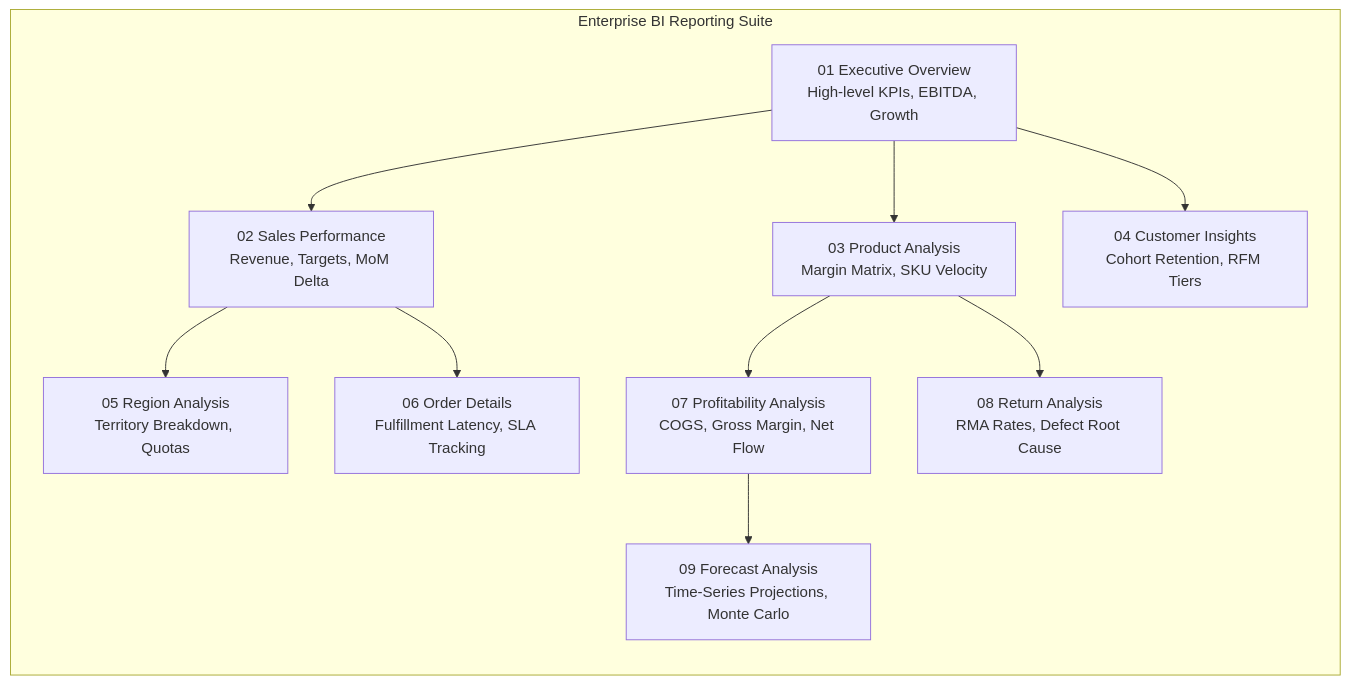
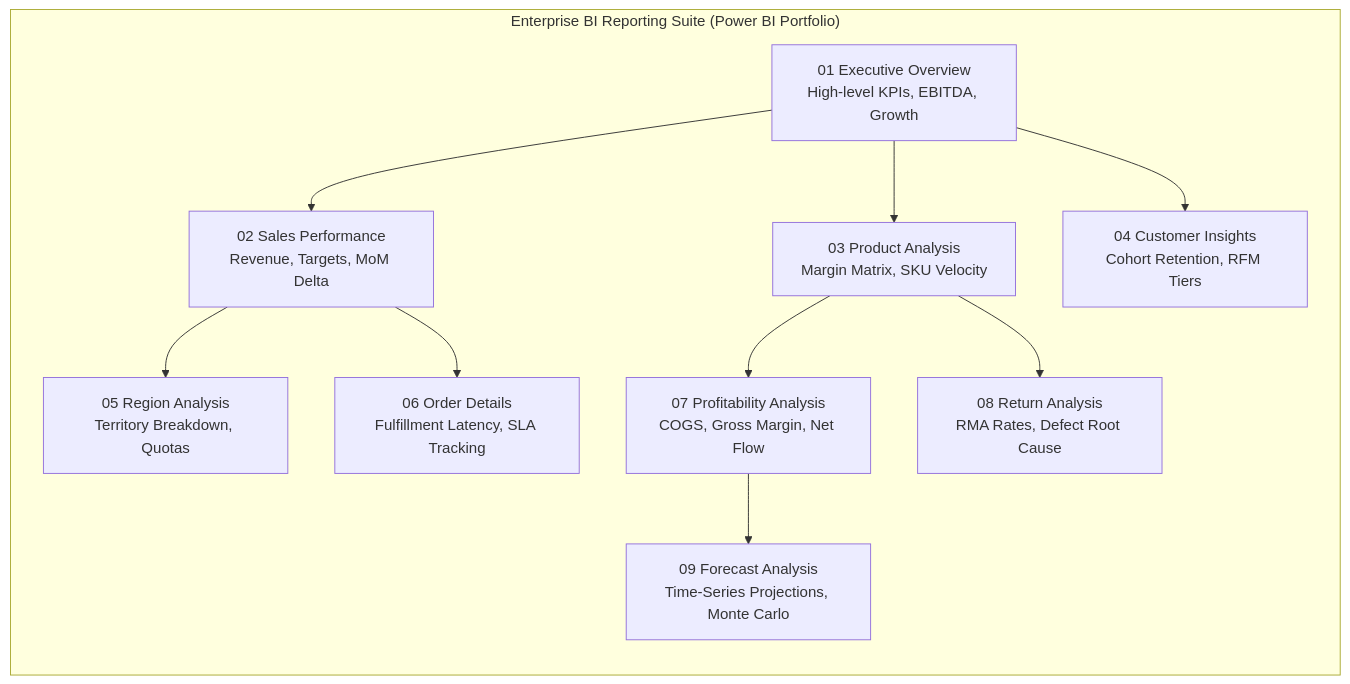
Before and after one commit to sabledattatray/Datta-Sable: the first of 2 diagrams in README.md, drawn with Mermaid. The commit also changed other lines of this file and 1 other file, not shown here.

Commit message:
docs: refine README to v3.1 with provider-neutral architecture, separated data stack, and verification report

````diff
--- a/README.md
+++ b/README.md
@@ -153,18 +145,18 @@
 ```mermaid
 graph LR
-    subgraph Enterprise["Enterprise BI Reporting Suite"]
+    subgraph Enterprise["Enterprise BI Reporting Suite (Power BI Portfolio)"]
         P1["01 Executive Overview<br>High-level KPIs, EBITDA, Growth"]
         P2["02 Sales Performance<br>Revenue, Targets, MoM Delta"]
         P3["03 Product Analysis<br>Margin Matrix, SKU Velocity"]
         P4["04 Customer Insights<br>Cohort Retention, RFM Tiers"]
         P5["05 Region Analysis<br>Territory Breakdown, Quotas"]
         P6["06 Order Details<br>Fulfillment Latency, SLA Tracking"]
         P7["07 Profitability Analysis<br>COGS, Gross Margin, Net Flow"]
         P8["08 Return Analysis<br>RMA Rates, Defect Root Cause"]
         P9["09 Forecast Analysis<br>Time-Series Projections, Monte Carlo"]
     end
     P1 --> P2 & P3 & P4
     P2 --> P5 & P6
     P3 --> P7 & P8
     P7 --> P9
 ```
````
